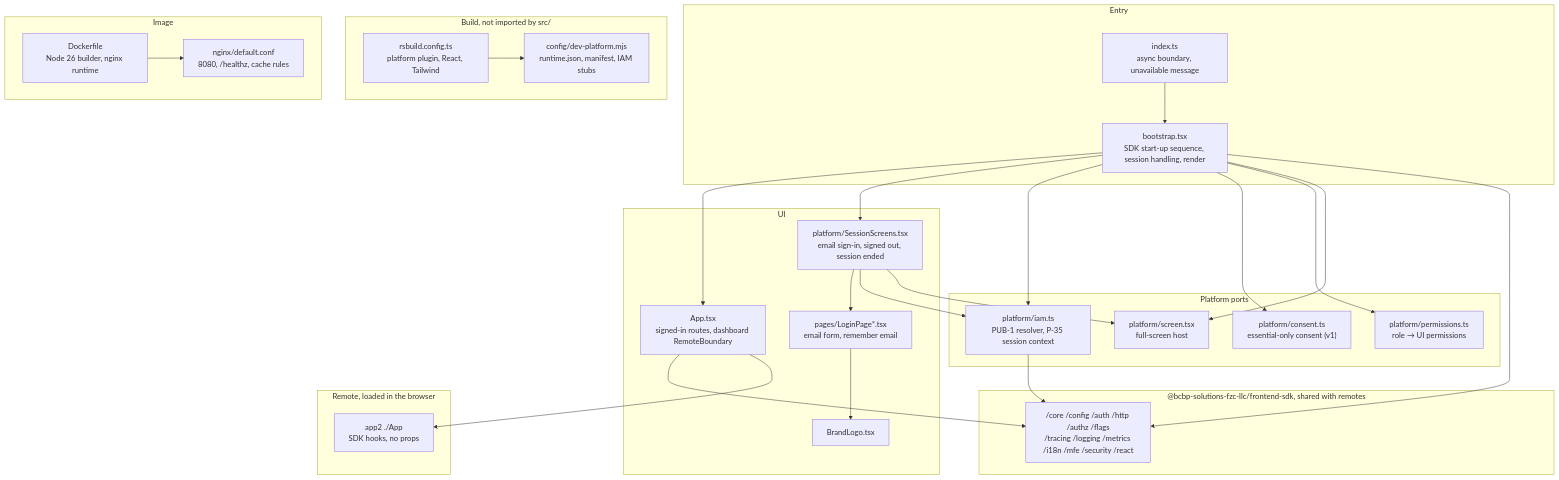
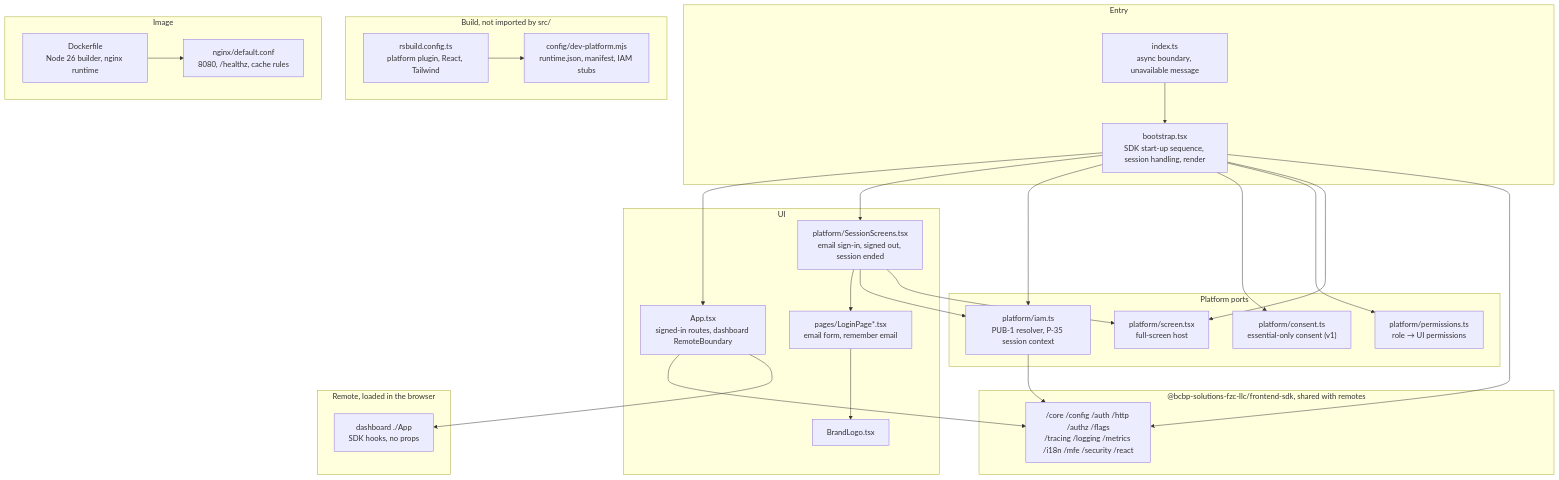
The diagram in docs/architecture/mermaid/layer-model.mmd (BCBP-SOLUTIONS-FZC-LLC/web-shell), drawn with Mermaid before and after one commit. The commit also changed 21 other files, not shown here.

First line of the commit message:
Rename the dashboard remote app2 → dashboard (breaking; pairs with mfe-dashboard v0.3.0) (#35)

```diff
--- a/docs/architecture/mermaid/layer-model.mmd
+++ b/docs/architecture/mermaid/layer-model.mmd
@@ -1,55 +1,55 @@
 graph TD
     subgraph entry["Entry"]
         index["index.ts\nasync boundary, unavailable message"]
         boot["bootstrap.tsx\nSDK start-up sequence, session handling, render"]
     end
 
     subgraph ui["UI"]
         app["App.tsx\nsigned-in routes, dashboard RemoteBoundary"]
         screens["platform/SessionScreens.tsx\nemail sign-in, signed out, session ended"]
         login["pages/LoginPage*.tsx\nemail form, remember email"]
         logo["BrandLogo.tsx"]
     end
 
     subgraph ports["Platform ports"]
         iam["platform/iam.ts\nPUB-1 resolver, P-35 session context"]
         consent["platform/consent.ts\nessential-only consent (v1)"]
         perms["platform/permissions.ts\nrole → UI permissions"]
         screen["platform/screen.tsx\nfull-screen host"]
     end
 
     subgraph sdk["@bcbp-solutions-fzc-llc/frontend-sdk, shared with remotes"]
         sdkmods["/core /config /auth /http /authz /flags\n/tracing /logging /metrics /i18n /mfe /security /react"]
     end
 
     subgraph remote["Remote, loaded in the browser"]
-        app2["app2 ./App\nSDK hooks, no props"]
+        dashboard["dashboard ./App\nSDK hooks, no props"]
     end
 
     subgraph build["Build, not imported by src/"]
         rsbuild["rsbuild.config.ts\nplatform plugin, React, Tailwind"]
         devplat["config/dev-platform.mjs\nruntime.json, manifest, IAM stubs"]
     end
 
     subgraph image["Image"]
         nginx["nginx/default.conf\n8080, /healthz, cache rules"]
         docker["Dockerfile\nNode 26 builder, nginx runtime"]
     end
 
     index --> boot
     boot --> app
     boot --> screens
     boot --> iam
     boot --> consent
     boot --> perms
     boot --> screen
     boot --> sdkmods
     screens --> login
     screens --> iam
     screens --> screen
     login --> logo
     app --> sdkmods
-    app --> app2
+    app --> dashboard
     iam --> sdkmods
     rsbuild --> devplat
     docker --> nginx
```
